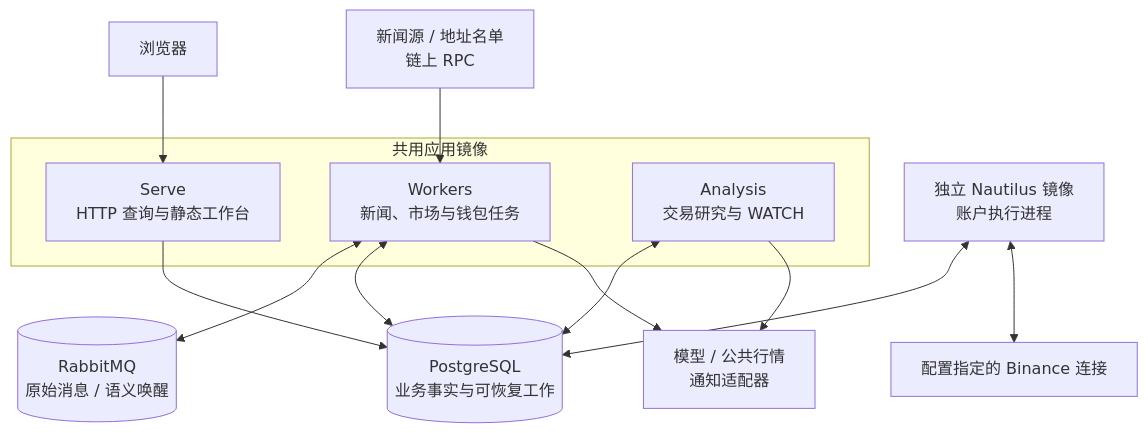
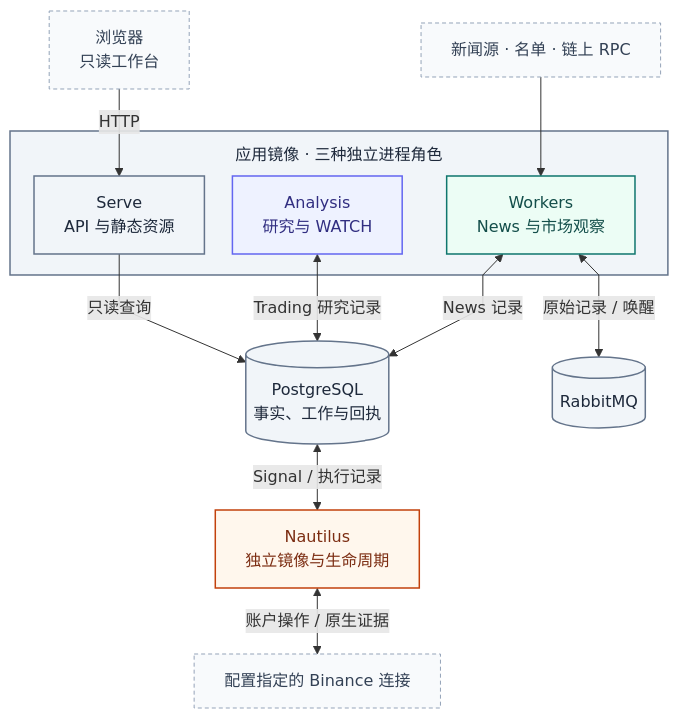
The first of 4 diagrams in docs/ARCHITECTURE.md (AnalyThothAI/tracefold), drawn with Mermaid before and after one commit. The commit also changed other lines of this file and 19 other files, not shown here.

Commit message:
docs: unify Chinese handbook design and architecture diagrams

````diff
--- a/docs/ARCHITECTURE.md
+++ b/docs/ARCHITECTURE.md
@@ -11,18 +45,40 @@
 ```mermaid
+---
+config:
+  fontFamily: "system-ui, Noto Sans CJK SC, Microsoft YaHei, WenQuanYi Zen Hei, sans-serif"
+  flowchart:
+    curve: linear
+    nodeSpacing: 28
+    rankSpacing: 42
+    subGraphTitleMargin:
+      top: 12
+      bottom: 12
+---
 flowchart TB
-    Browser["浏览器"] --> Serve
-    Providers["新闻源 / 地址名单<br/>链上 RPC"] --> Workers
-    subgraph Application["共用应用镜像"]
-        Serve["Serve<br/>HTTP 查询与静态工作台"]
-        Workers["Workers<br/>新闻、市场与钱包任务"]
-        Analysis["Analysis<br/>交易研究与 WATCH"]
+    accTitle: 部署拓扑
+    accDescr: 四种进程角色分别运行。Serve 只读 PostgreSQL；Workers 使用 RabbitMQ 与 News 记录；Analysis 管理 Trading 研究；独立 Nautilus 连接账户。
+    Browser["浏览器<br/>只读工作台"] -->|HTTP| Serve
+    Sources["新闻源 · 名单 · 链上 RPC"] --> Workers
+    subgraph APP["应用镜像 · 三种独立进程角色"]
+        Serve["Serve<br/>API 与静态资源"]
+        Analysis["Analysis<br/>研究与 WATCH"]
+        Workers["Workers<br/>News 与市场观察"]
     end
-    Workers <--> Broker[("RabbitMQ<br/>原始消息 / 语义唤醒")]
-    Serve --> DB[("PostgreSQL<br/>业务事实与可恢复工作")]
-    Workers <--> DB
-    Analysis <--> DB
-    Workers --> Model["模型 / 公共行情<br/>通知适配器"]
-    Analysis --> Model
-    Runtime["独立 Nautilus 镜像<br/>账户执行进程"] <--> DB
-    Runtime <--> Venue["配置指定的 Binance 连接"]
+    Serve -->|只读查询| DB[("PostgreSQL<br/>事实、工作与回执")]
+    Analysis <-->|Trading 研究记录| DB
+    Workers <-->|News 记录| DB
+    Workers <-->|原始记录 / 唤醒| MQ[("RabbitMQ")]
+    DB <-->|Signal / 执行记录| Runtime["Nautilus<br/>独立镜像与生命周期"]
+    Runtime <-->|账户操作 / 原生证据| Venue["配置指定的 Binance 连接"]
+
+    classDef news fill:#ecfdf5,stroke:#0f766e,color:#134e4a,stroke-width:1.5px
+    classDef research fill:#eef2ff,stroke:#6366f1,color:#312e81,stroke-width:1.5px
+    classDef execution fill:#fff7ed,stroke:#c2410c,color:#7c2d12,stroke-width:1.5px
+    classDef store fill:#f1f5f9,stroke:#64748b,color:#1e293b,stroke-width:1.5px
+    classDef external fill:#f8fafc,stroke:#94a3b8,color:#334155,stroke-dasharray:4 3
+class Browser,Sources,Venue external;
+class APP,Serve,DB,MQ store;
+class Workers news;
+class Analysis research;
+class Runtime execution;
 ```
````
